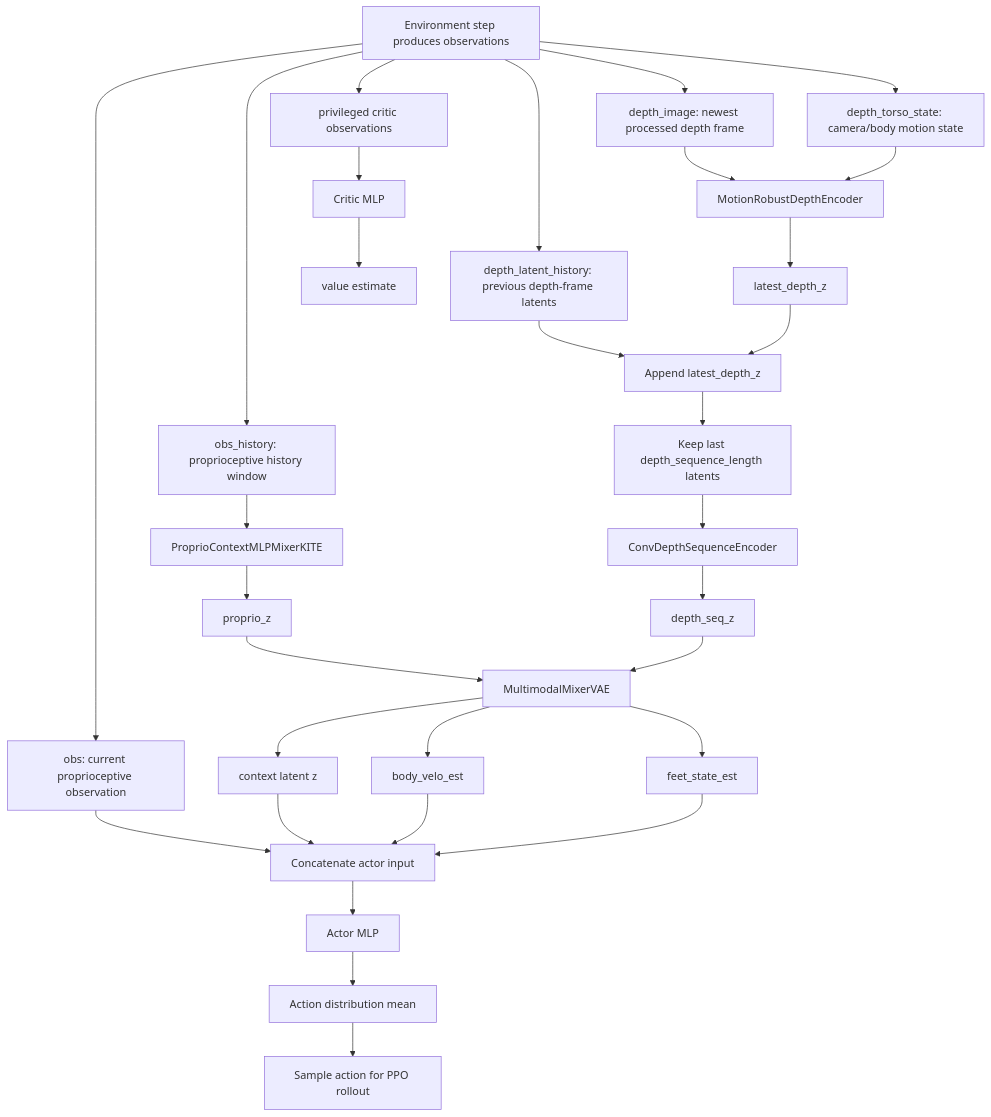
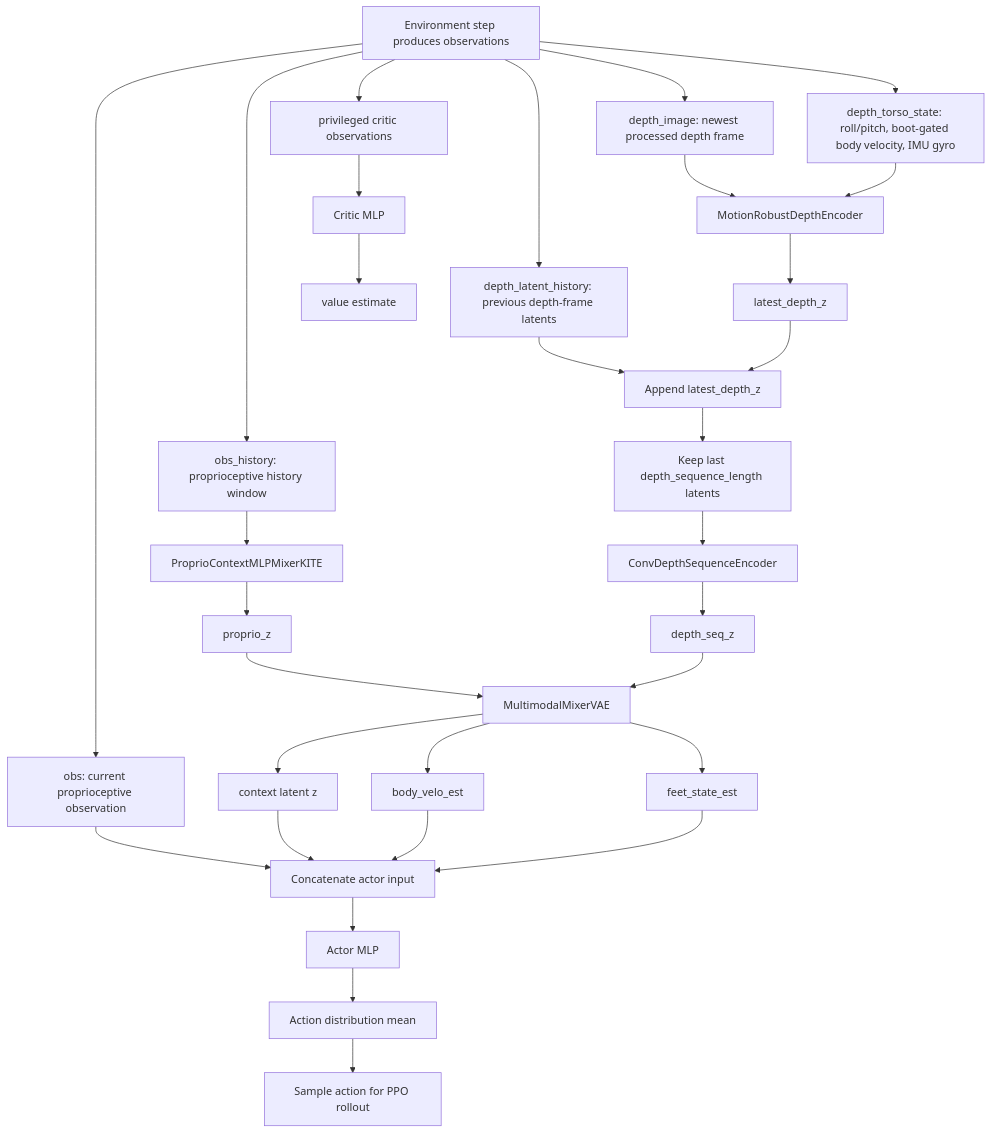
The first of 2 diagrams in KITE_ACTOR_CRITIC_ASYNC_EXPORT_REFERENCE.md (oscar-youngquist/HCR_Genesis_PACT_Development), drawn with Mermaid before and after one commit. The commit also changed other lines of this file and 13 other files, not shown here.

````diff
--- a/KITE_ACTOR_CRITIC_ASYNC_EXPORT_REFERENCE.md
+++ b/KITE_ACTOR_CRITIC_ASYNC_EXPORT_REFERENCE.md
@@ -41,39 +41,39 @@
 ```mermaid
 flowchart TD
     A[Environment step produces observations] --> B[obs: current proprioceptive observation]
     A --> C[obs_history: proprioceptive history window]
     A --> D[depth_image: newest processed depth frame]
-    A --> E[depth_torso_state: camera/body motion state]
+    A --> E[depth_torso_state: roll/pitch, boot-gated body velocity, IMU gyro]
     A --> F[depth_latent_history: previous depth-frame latents]
 
     C --> G[ProprioContextMLPMixerKITE]
     G --> H[proprio_z]
 
     D --> I[MotionRobustDepthEncoder]
     E --> I
     I --> J[latest_depth_z]
 
     F --> K[Append latest_depth_z]
     J --> K
     K --> L[Keep last depth_sequence_length latents]
     L --> M[ConvDepthSequenceEncoder]
     M --> N[depth_seq_z]
 
     H --> O[MultimodalMixerVAE]
     N --> O
     O --> P[context latent z]
     O --> Q[body_velo_est]
     O --> R[feet_state_est]
 
     B --> S[Concatenate actor input]
     P --> S
     Q --> S
     R --> S
     S --> T[Actor MLP]
     T --> U[Action distribution mean]
     U --> V[Sample action for PPO rollout]
 
     A --> W[privileged critic observations]
     W --> X[Critic MLP]
     X --> Y[value estimate]
 ```
````
